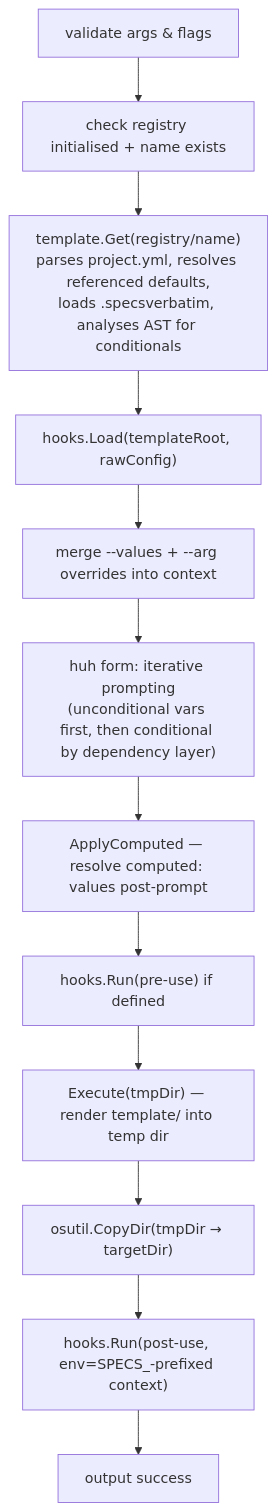
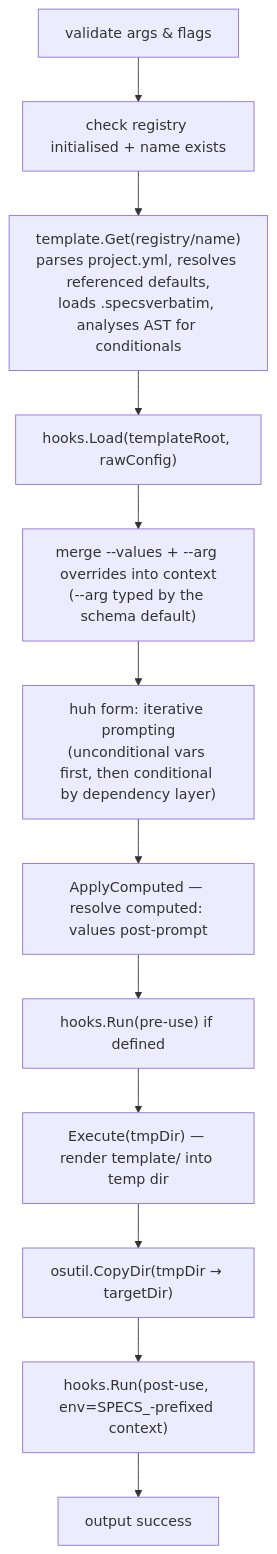
Before and after one commit to specsnl/specs-cli: the first of 4 diagrams in docs/content/docs/architecture/overview.md, drawn with Mermaid. The commit also changed other lines of this file and 6 other files, not shown here.

First line of the commit message:
fix(use): type --arg values by the variable's schema default (GH-180)

````diff
--- a/docs/content/docs/architecture/overview.md
+++ b/docs/content/docs/architecture/overview.md
@@ -200,14 +200,14 @@
 ```mermaid
 flowchart TD
     A[validate args & flags] --> B[check registry initialised + name exists]
     B --> C["template.Get(registry/name)\nparses project.yml, resolves referenced defaults,\nloads .specsverbatim, analyses AST for conditionals"]
     C --> D["hooks.Load(templateRoot, rawConfig)"]
-    D --> E[merge --values + --arg overrides into context]
+    D --> E["merge --values + --arg overrides into context\n(--arg typed by the schema default)"]
     E --> F["huh form: iterative prompting\n(unconditional vars first, then conditional by dependency layer)"]
     F --> G["ApplyComputed — resolve computed: values post-prompt"]
     G --> H["hooks.Run(pre-use) if defined"]
     H --> I["Execute(tmpDir) — render template/ into temp dir"]
     I --> J["osutil.CopyDir(tmpDir → targetDir)"]
     J --> K["hooks.Run(post-use, env=SPECS_-prefixed context)"]
     K --> L[output success]
 ```
````
